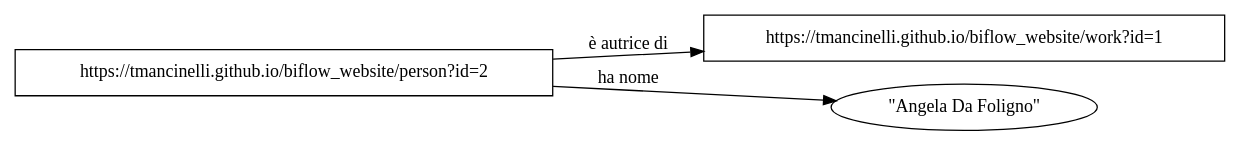
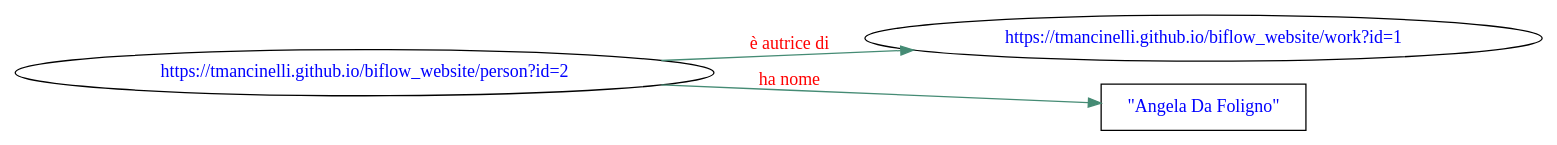
Before and after one commit to bakulf/semantic_web_preso: the diagram in dots/resources.dot, drawn with Graphviz. The commit also changed 11 other files, not shown here.

```diff
--- a/dots/resources.dot
+++ b/dots/resources.dot
@@ -1,8 +1,10 @@
 digraph G {
     rankdir=LR;
-    A [ label = "https://tmancinelli.github.io/biflow_website/person?id=2", shape=box ]
-    O [ label = "https://tmancinelli.github.io/biflow_website/work?id=1", shape=box ]
-    A -> O [ label = "è autrice di" ]
-    A -> N [ label = "ha nome" ]
-    N [ label = "\"Angela Da Foligno\"" ]
+    node [fontcolor=blue]
+    edge [color=aquamarine4, fontcolor=red ]
+    A [ label = "https://tmancinelli.github.io/biflow_website/person?id=2"]
+    O [ label = "https://tmancinelli.github.io/biflow_website/work?id=1"]
+    A -> O [ label = "è autrice di"]
+    A -> N [ label = "ha nome"]
+    N [ label = "\"Angela Da Foligno\"", shape=box]
 }
```
